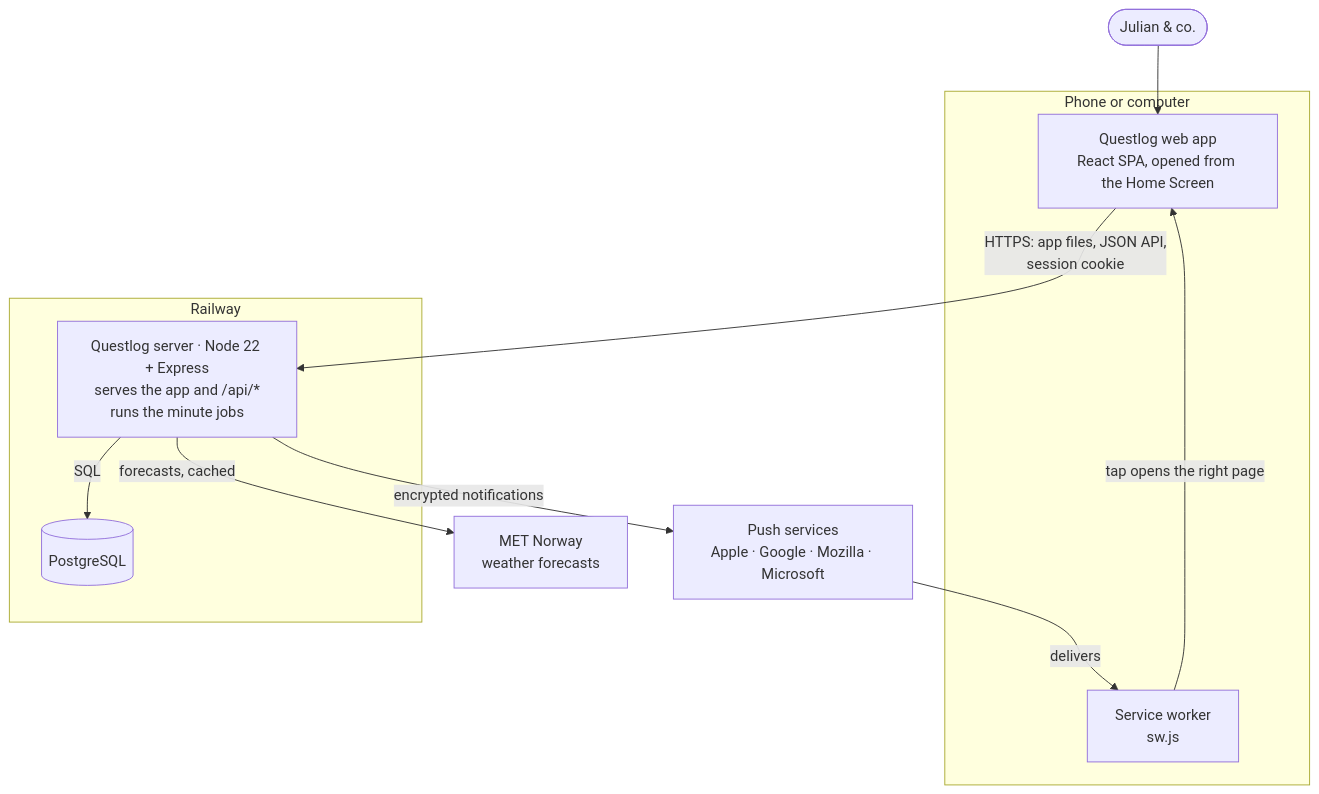
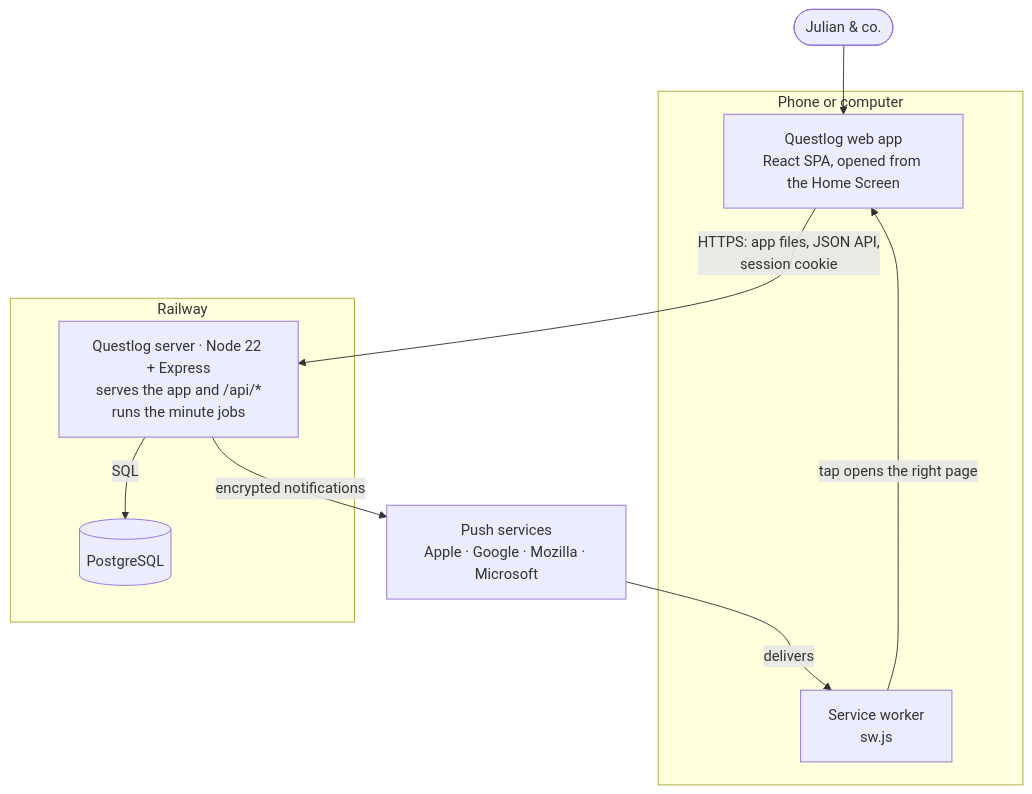
The first of 4 diagrams in docs/architecture.md (jaaseru/questlog), drawn with Mermaid before and after one commit. The commit also changed other lines of this file and 26 other files, not shown here.

````diff
--- a/docs/architecture.md
+++ b/docs/architecture.md
@@ -7,25 +7,23 @@
 ```mermaid
 flowchart TB
   user(["Julian & co."])
   user --> spa
 
   subgraph device["Phone or computer"]
     spa["Questlog web app<br/>React SPA, opened from the Home Screen"]
     sw["Service worker<br/>sw.js"]
   end
 
   subgraph railway["Railway"]
     server["Questlog server · Node 22 + Express<br/>serves the app and /api/*<br/>runs the minute jobs"]
     db[("PostgreSQL")]
   end
 
-  met["MET Norway<br/>weather forecasts"]
   pushsvc["Push services<br/>Apple · Google · Mozilla · Microsoft"]
 
   spa -- "HTTPS: app files, JSON API,<br/>session cookie" --> server
   server -- "SQL" --> db
-  server -- "forecasts, cached" --> met
   server -- "encrypted notifications" --> pushsvc
   pushsvc -- "delivers" --> sw
   sw -- "tap opens the right page" --> spa
 ```
````
